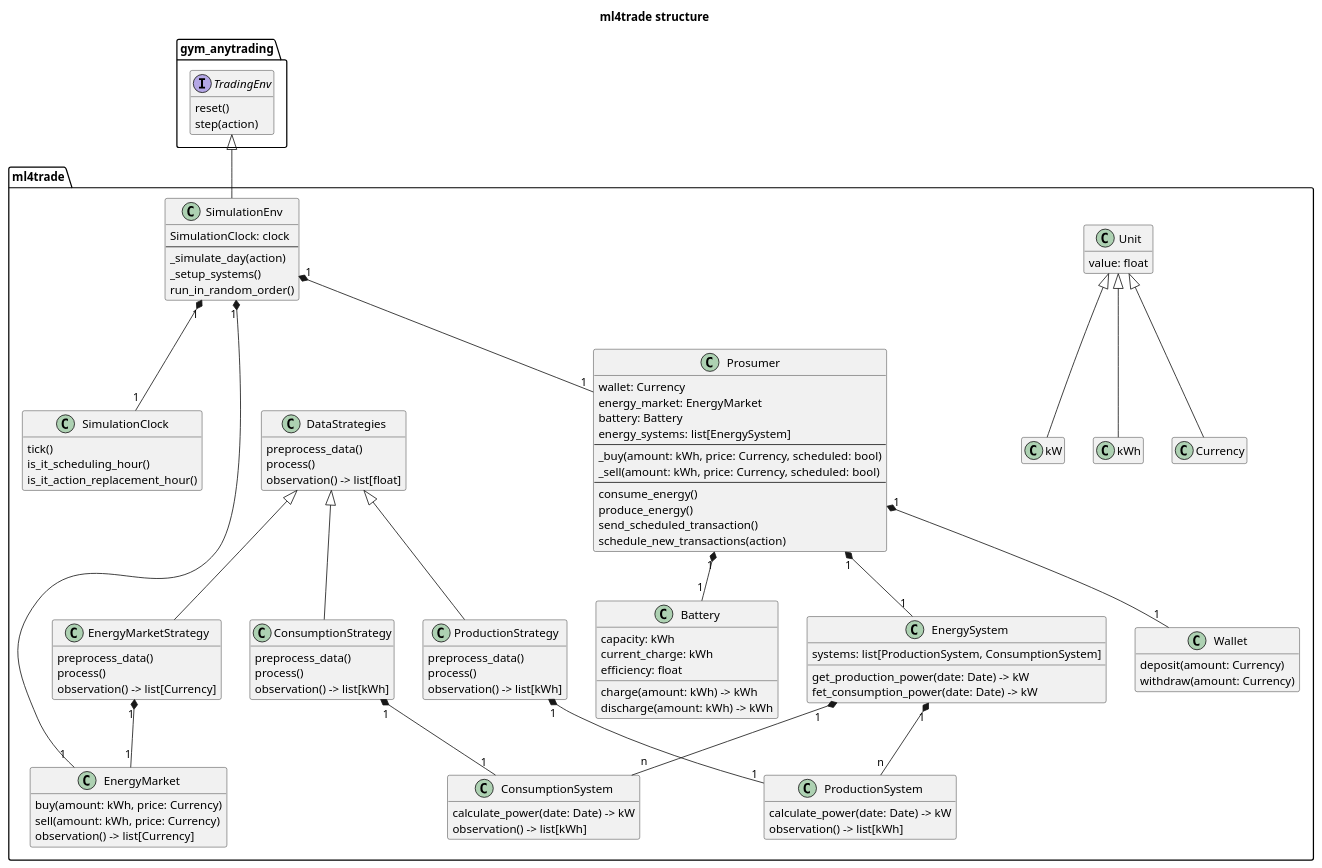
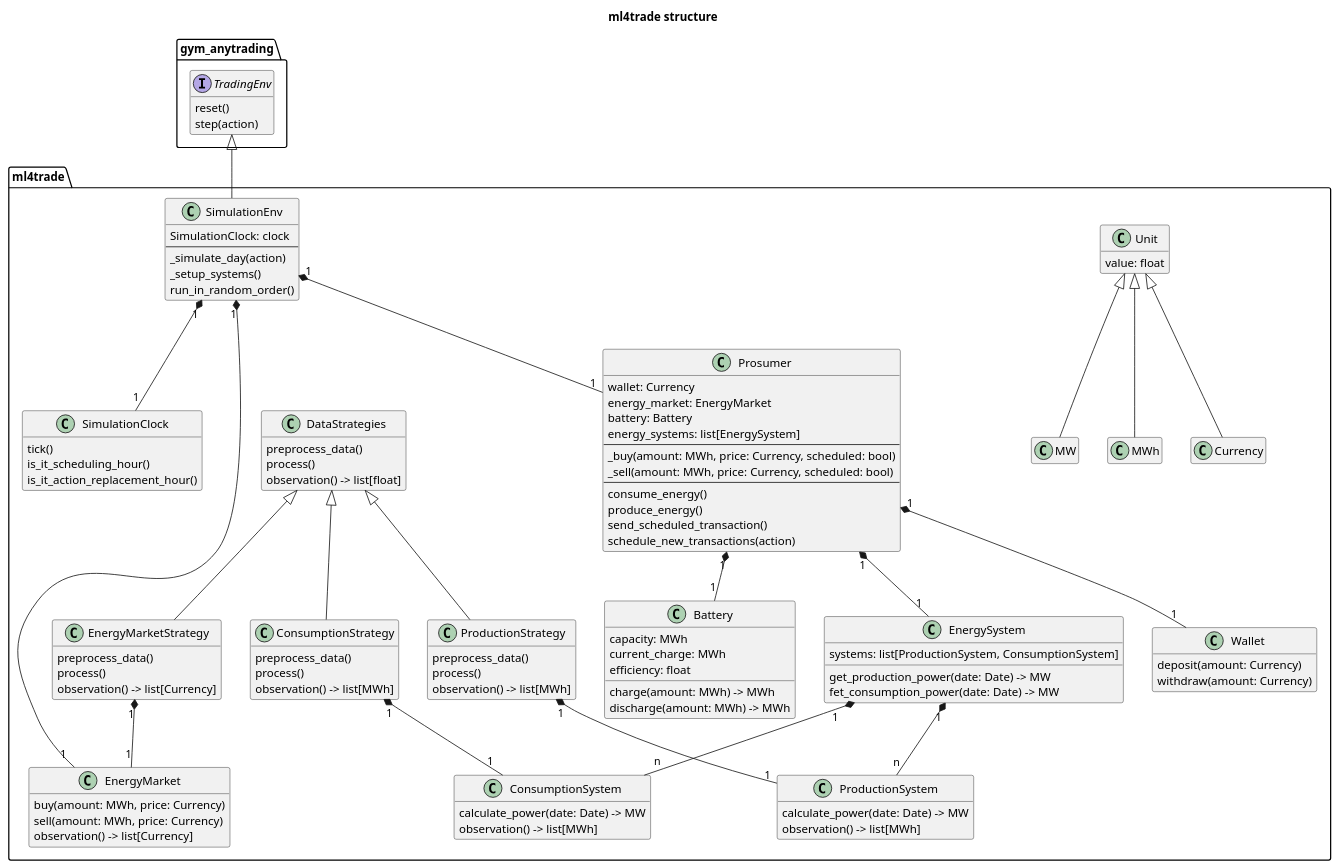
The diagram in docs/ml4trade_structure_copy.puml (skalermo/ml4trade), drawn with PlantUML before and after one commit. The commit also changed 8 other files, not shown here.

```diff
--- a/docs/ml4trade_structure_copy.puml
+++ b/docs/ml4trade_structure_copy.puml
@@ -1,131 +1,131 @@
 @startuml
 
 hide empty methods
 hide empty fields
 
 title ml4trade structure
 
 interface gym_anytrading.TradingEnv {
   reset()
   step(action)
 }
 
 class ml4trade.Unit {
   value: float
 }
 
-class ml4trade.kW
-class ml4trade.kWh
+class ml4trade.MW
+class ml4trade.MWh
 class ml4trade.Currency
 
 class ml4trade.SimulationEnv {
   SimulationClock: clock
   --
   _simulate_day(action)
   _setup_systems()
   run_in_random_order()
 }
 
 class ml4trade.DataStrategies {
   preprocess_data()
   process()
   observation() -> list[float]
 }
 
 class ml4trade.ConsumptionStrategy {
   preprocess_data()
   process()
-  observation() -> list[kWh]
+  observation() -> list[MWh]
 }
 
 class ml4trade.ProductionStrategy {
   preprocess_data()
   process()
-  observation() -> list[kWh]
+  observation() -> list[MWh]
 }
 
 class ml4trade.EnergyMarketStrategy {
   preprocess_data()
   process()
   observation() -> list[Currency]
 }
 
 class ml4trade.SimulationClock {
   tick()
   is_it_scheduling_hour()
   is_it_action_replacement_hour()
 }
 
 class ml4trade.EnergyMarket {
-  buy(amount: kWh, price: Currency)
-  sell(amount: kWh, price: Currency)
+  buy(amount: MWh, price: Currency)
+  sell(amount: MWh, price: Currency)
   observation() -> list[Currency]
 }
 
 class ml4trade.Prosumer {
   wallet: Currency
   energy_market: EnergyMarket
   battery: Battery
   energy_systems: list[EnergySystem]
   ---
-  _buy(amount: kWh, price: Currency, scheduled: bool)
-  _sell(amount: kWh, price: Currency, scheduled: bool)
+  _buy(amount: MWh, price: Currency, scheduled: bool)
+  _sell(amount: MWh, price: Currency, scheduled: bool)
   ---
   consume_energy()
   produce_energy()
   send_scheduled_transaction()
   schedule_new_transactions(action)
 }
 
 class ml4trade.EnergySystem {
   systems: list[ProductionSystem, ConsumptionSystem]
 
-  get_production_power(date: Date) -> kW
-  fet_consumption_power(date: Date) -> kW
+  get_production_power(date: Date) -> MW
+  fet_consumption_power(date: Date) -> MW
 }
 
 class ml4trade.ProductionSystem {
-  calculate_power(date: Date) -> kW
-  observation() -> list[kWh]
+  calculate_power(date: Date) -> MW
+  observation() -> list[MWh]
 }
 class ml4trade.ConsumptionSystem {
-  calculate_power(date: Date) -> kW
-  observation() -> list[kWh]
+  calculate_power(date: Date) -> MW
+  observation() -> list[MWh]
 }
 
 class ml4trade.Battery {
-  capacity: kWh
-  current_charge: kWh
+  capacity: MWh
+  current_charge: MWh
   efficiency: float
   
-  charge(amount: kWh) -> kWh
-  discharge(amount: kWh) -> kWh
+  charge(amount: MWh) -> MWh
+  discharge(amount: MWh) -> MWh
 }
 
 class ml4trade.Wallet {
   deposit(amount: Currency)
   withdraw(amount: Currency)
 }
 
-ml4trade.Unit <|-- ml4trade.kW
-ml4trade.Unit <|-- ml4trade.kWh
+ml4trade.Unit <|-- ml4trade.MW
+ml4trade.Unit <|-- ml4trade.MWh
 ml4trade.Unit <|-- ml4trade.Currency
 
 gym_anytrading.TradingEnv <|-- ml4trade.SimulationEnv
 ml4trade.SimulationEnv "1" *-- "1" ml4trade.EnergyMarket
 ml4trade.SimulationEnv "1" *-- "1" ml4trade.Prosumer
 ml4trade.SimulationEnv "1" *-- "1" ml4trade.SimulationClock
 ml4trade.Prosumer "1" *-- "1" ml4trade.Battery
 ml4trade.Prosumer "1" *-- "1" ml4trade.EnergySystem
 ml4trade.Prosumer "1" *-- "1" ml4trade.Wallet
 ml4trade.EnergySystem "1" *-- "n" ml4trade.ProductionSystem
 ml4trade.EnergySystem "1" *-- "n" ml4trade.ConsumptionSystem
 
 ml4trade.DataStrategies <|-- ml4trade.ConsumptionStrategy
 ml4trade.DataStrategies <|-- ml4trade.ProductionStrategy
 ml4trade.DataStrategies <|-- ml4trade.EnergyMarketStrategy
 ml4trade.ConsumptionStrategy "1" *-- "1" ml4trade.ConsumptionSystem
 ml4trade.ProductionStrategy "1" *-- "1" ml4trade.ProductionSystem
 ml4trade.EnergyMarketStrategy "1" *-- "1" ml4trade.EnergyMarket
 
 @enduml
```
